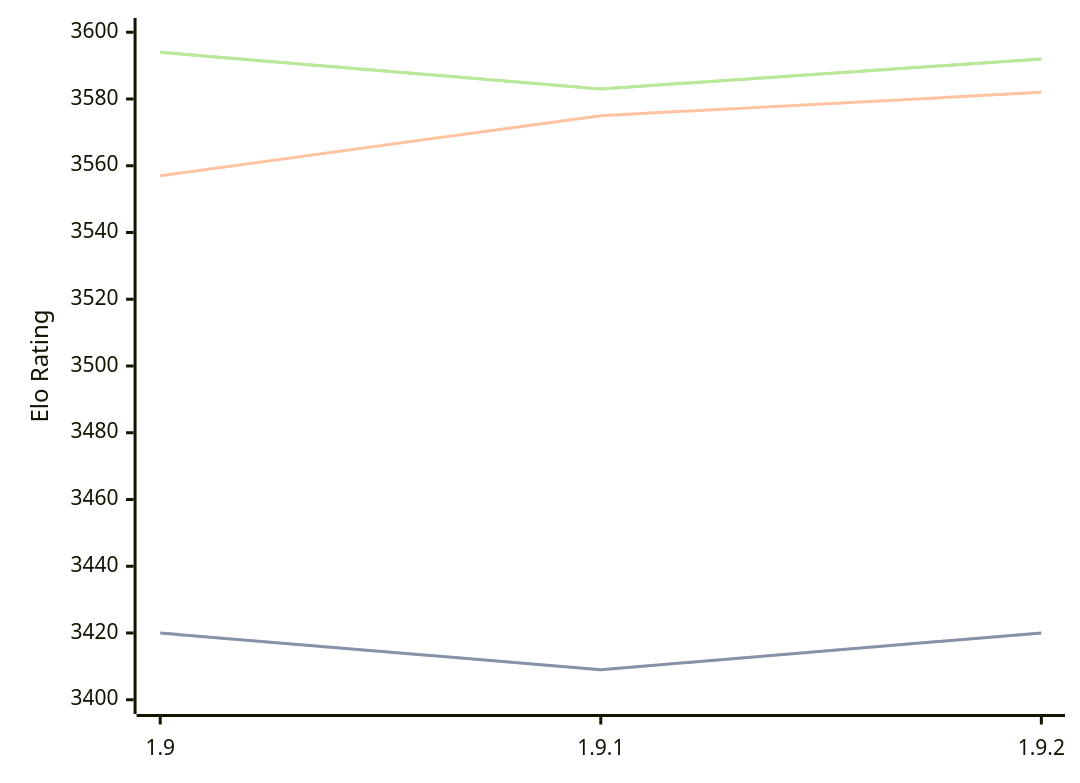
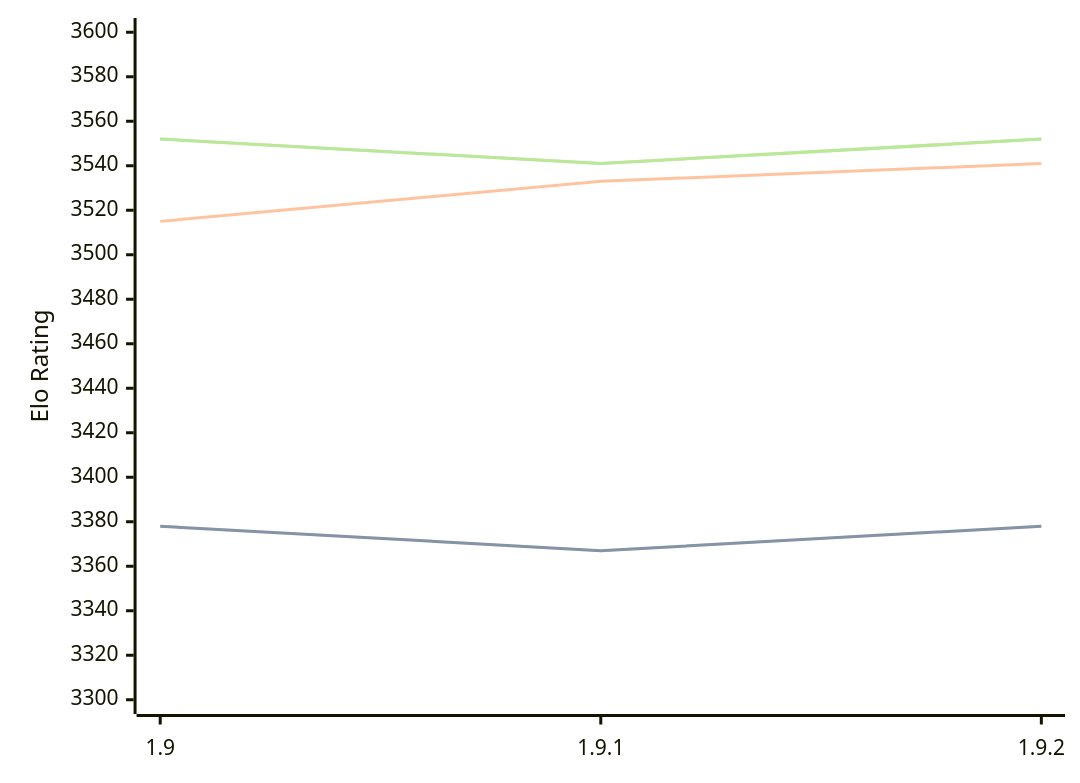
One commit to computer-chess-index/cci changed the diagram in engines/Pawnocchio.md. Above: the diagram before and after it, drawn with Mermaid. The commit also changed other lines of this file, not shown here.

Commit message:
Update CCI Ratings (ELO VLTC) - 2026-05-19

````diff
--- a/engines/Pawnocchio.md
+++ b/engines/Pawnocchio.md
@@ -48,11 +48,11 @@
 ```mermaid
 %%{init: {"theme":"base","themeVariables":{"seriesColors:['#a3a3a3','#222221','#faa371']}}}%%
 xychart-beta
   x-axis ["1.9", "1.9.1", "1.9.2"]
-  y-axis "Elo Rating" 3400 --> 3600
-  line "STC (8.0+0.08s)" [3420, 3409, 3420]
-  line "STC (8.0+0.08s)" [3420, 3409, 3420]
-  line "LTC (60.0+0.60s)" [3557, 3575, 3582]
-  line "VLTC (2m24s+1.12s)" [3594, 3583, 3592]
-  line "VLTC (2m24s+1.12s)" [3594, 3583, 3592]
+  y-axis "Elo Rating" 3300 --> 3600
+  line "STC (8.0+0.08s)" [3378, 3367, 3378]
+  line "STC (8.0+0.08s)" [3378, 3367, 3378]
+  line "LTC (60.0+0.60s)" [3515, 3533, 3541]
+  line "VLTC (2m24s+1.12s)" [3552, 3541, 3552]
+  line "VLTC (2m24s+1.12s)" [3552, 3541, 3552]
 ```
````
